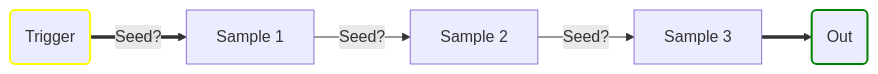
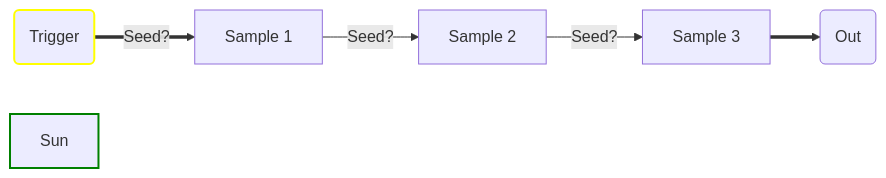
One commit to eduardorauchbach/Azure-Durable-Function changed the first of 2 diagrams in README.md. Above: the diagram before and after it, drawn with Mermaid. The commit also changed other lines of this file, not shown here.

````diff
--- a/README.md
+++ b/README.md
@@ -10,19 +10,19 @@
 ```mermaid
 graph LR
 Trigger("Trigger")
 style Trigger stroke:#ff0,stroke-width:2px
 
 Sample1["Sample 1"]
 Sample2["Sample 2"]
 Sample3["Sample 3"]
 
-Sun("Out")
+Out("Out")
 style Sun stroke:green,stroke-width:2px
 
 Trigger ==Seed?==> Sample1
 
 Sample1 --Seed?-->Sample2
 Sample2 --Seed?-->Sample3
 
-Sample3 ==> Sun
+Sample3 ==> Out
 ```
````
